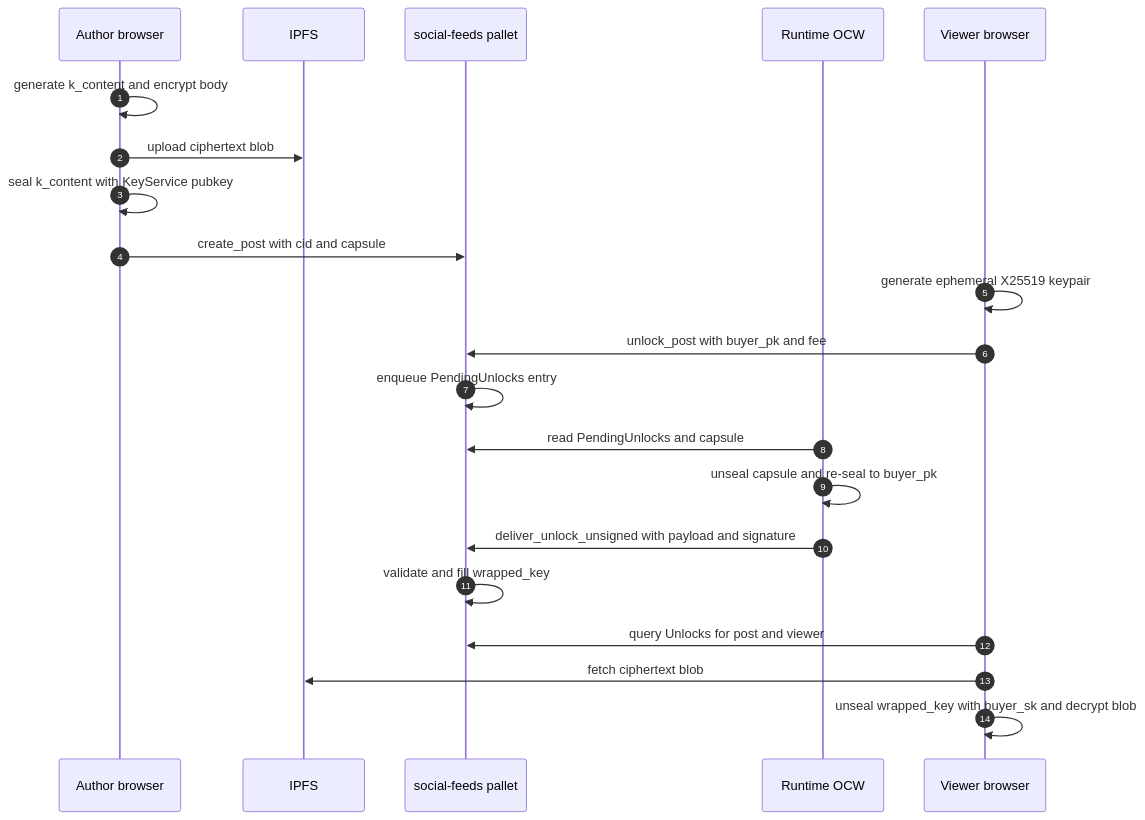
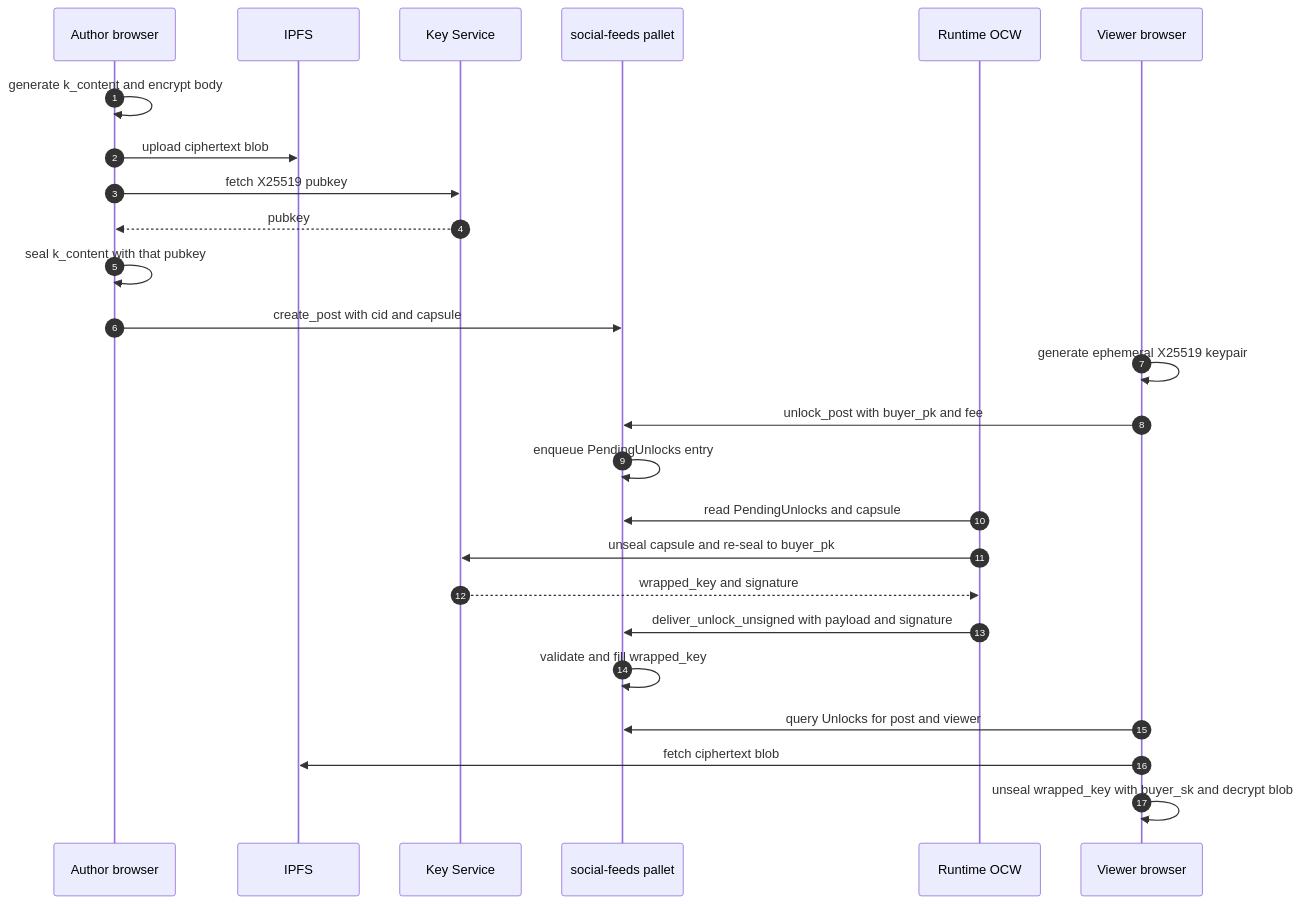
The diagram in docs/ENCRYPTED_POSTS_WORKFLOW.md (germankuber/socialfi-protocol), drawn with Mermaid before and after one commit.

Commit message:
docs(encrypted-posts): add Key Service participant to the sequence diagram
The prose in the intro already calls out an external Key Service that custodies the X25519 keypair, but the happy-path sequence diagram silently let the OCW do the crypto itself — making the picture inconsistent with the README and with the ARCHITECTURE_OVERVIEW layer-3 description. Added KS as a participant and split the two interactions that matter: the author fetches the public key before sealing the capsule, and the OCW asks KS to unseal the capsule and re-seal for the buyer. Neither the author nor the OCW ever touches the private material.

````diff
--- a/docs/ENCRYPTED_POSTS_WORKFLOW.md
+++ b/docs/ENCRYPTED_POSTS_WORKFLOW.md
@@ -43,24 +43,28 @@
 ```mermaid
 sequenceDiagram
     autonumber
     participant A as Author browser
     participant IPFS
+    participant KS as Key Service
     participant Chain as social-feeds pallet
     participant OCW as Runtime OCW
     participant V as Viewer browser
 
     A->>A: generate k_content and encrypt body
     A->>IPFS: upload ciphertext blob
-    A->>A: seal k_content with KeyService pubkey
+    A->>KS: fetch X25519 pubkey
+    KS-->>A: pubkey
+    A->>A: seal k_content with that pubkey
     A->>Chain: create_post with cid and capsule
     V->>V: generate ephemeral X25519 keypair
     V->>Chain: unlock_post with buyer_pk and fee
     Chain->>Chain: enqueue PendingUnlocks entry
     OCW->>Chain: read PendingUnlocks and capsule
-    OCW->>OCW: unseal capsule and re-seal to buyer_pk
+    OCW->>KS: unseal capsule and re-seal to buyer_pk
+    KS-->>OCW: wrapped_key and signature
     OCW->>Chain: deliver_unlock_unsigned with payload and signature
     Chain->>Chain: validate and fill wrapped_key
     V->>Chain: query Unlocks for post and viewer
     V->>IPFS: fetch ciphertext blob
     V->>V: unseal wrapped_key with buyer_sk and decrypt blob
 ```
````
